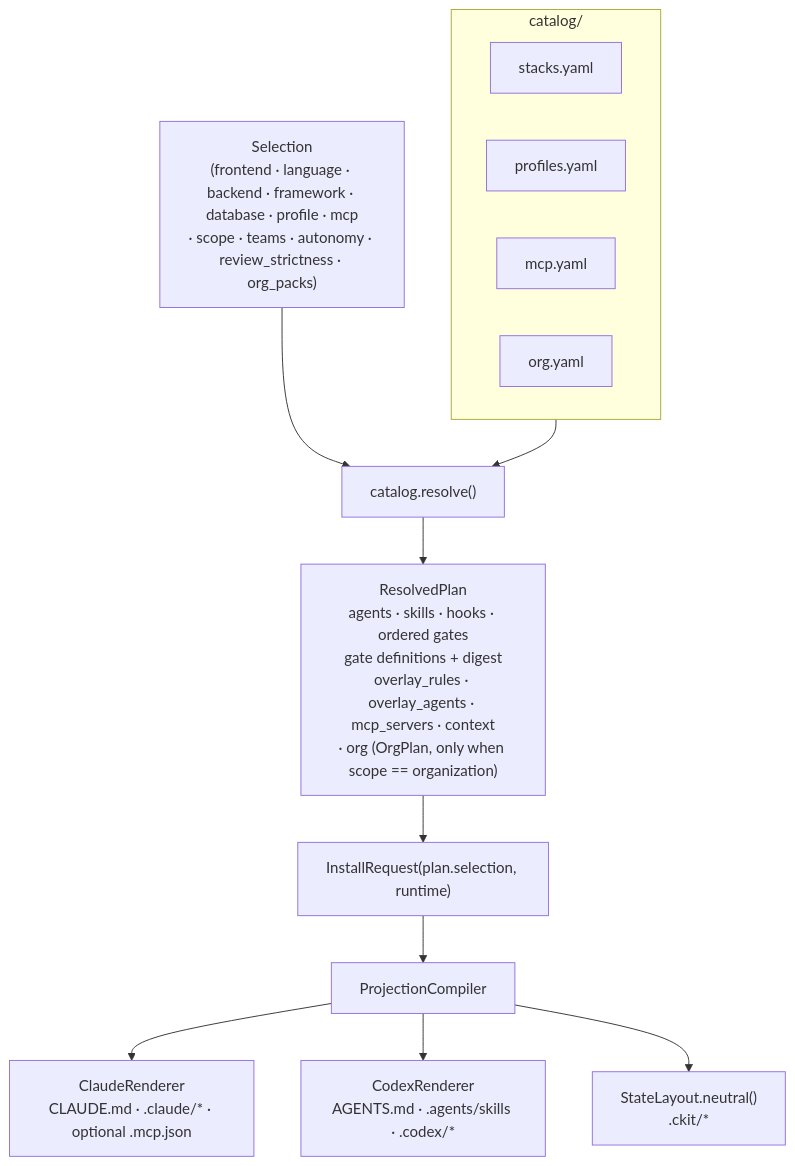
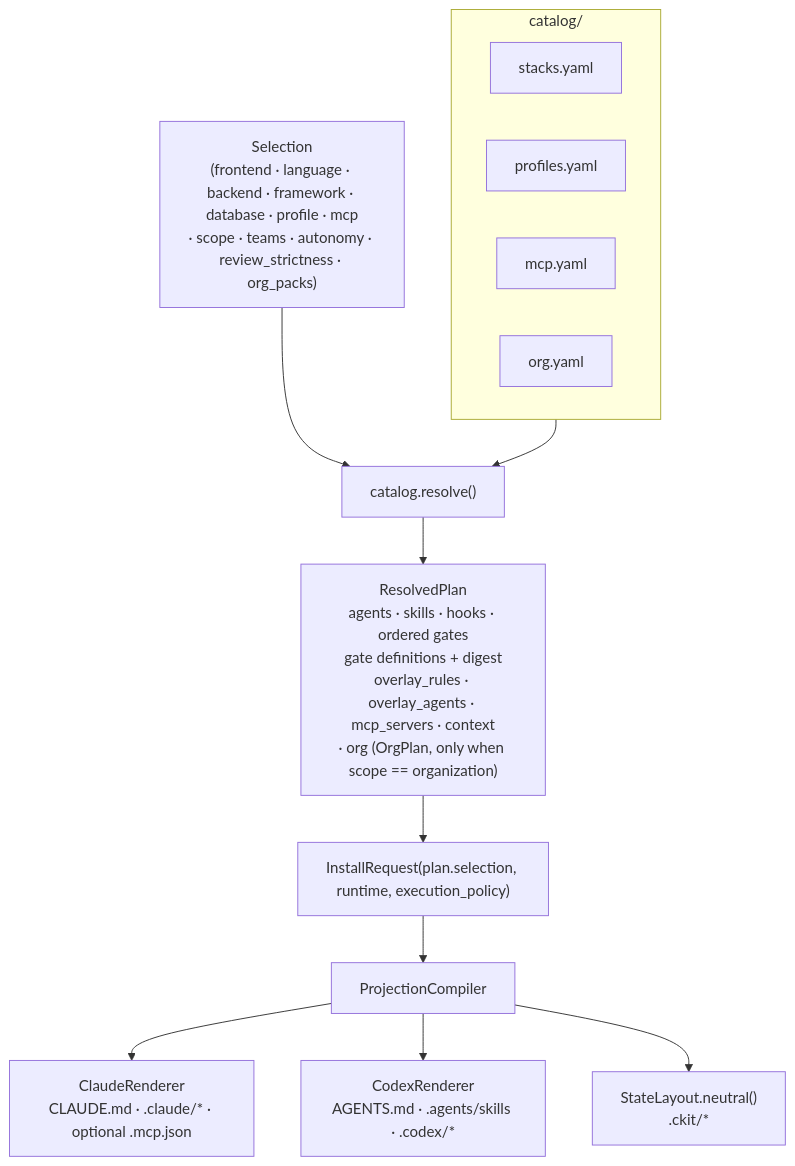
The second of 5 diagrams in docs/architecture.md (ajyadav013/claude-kit), drawn with Mermaid before and after one commit. The commit also changed other lines of this file and 52 other files, not shown here.

````diff
--- a/docs/architecture.md
+++ b/docs/architecture.md
@@ -64,18 +64,18 @@
 ```mermaid
 flowchart TB
     SEL["Selection<br/>(frontend · language · backend · framework · database · profile · mcp<br/>· scope · teams · autonomy · review_strictness · org_packs)"]
     subgraph CAT["catalog/"]
         ST["stacks.yaml"]
         PR["profiles.yaml"]
         MC["mcp.yaml"]
         OR["org.yaml"]
     end
     SEL --> RESOLVE["catalog.resolve()"]
     CAT --> RESOLVE
     RESOLVE --> PLAN["ResolvedPlan<br/>agents · skills · hooks · ordered gates<br/>gate definitions + digest<br/>overlay_rules · overlay_agents · mcp_servers · context<br/>· org (OrgPlan, only when scope == organization)"]
-    PLAN --> REQUEST["InstallRequest(plan.selection, runtime)"]
+    PLAN --> REQUEST["InstallRequest(plan.selection, runtime, execution_policy)"]
     REQUEST --> COMP["ProjectionCompiler"]
     COMP --> CP["ClaudeRenderer<br/>CLAUDE.md · .claude/* · optional .mcp.json"]
     COMP --> XP["CodexRenderer<br/>AGENTS.md · .agents/skills · .codex/*"]
     COMP --> STATE["StateLayout.neutral()<br/>.ckit/*"]
 ```
````
